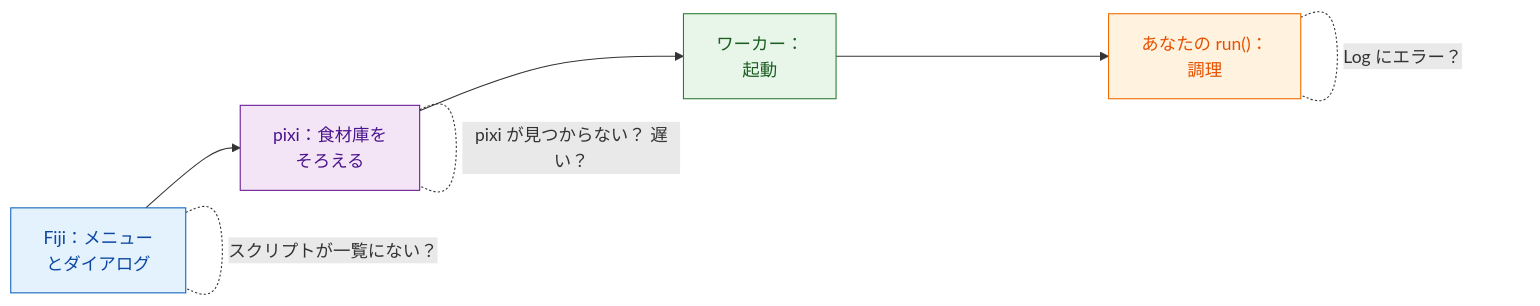
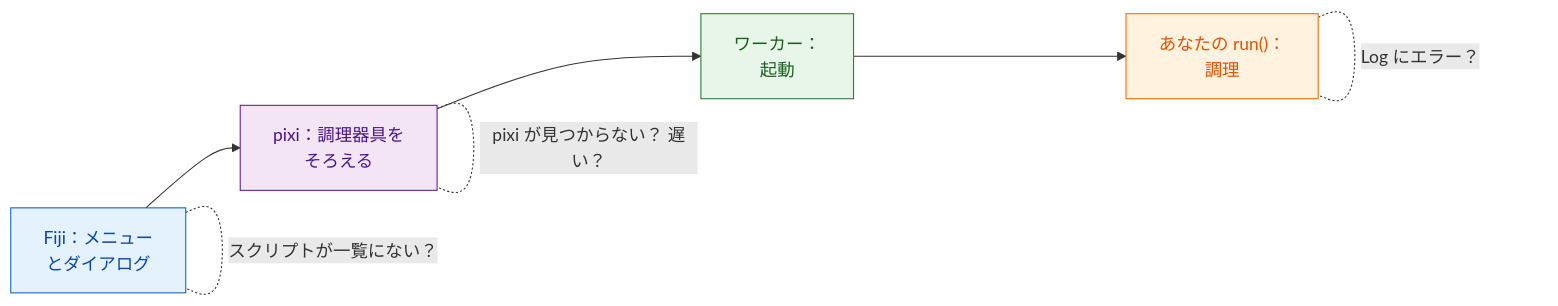
Before and after one commit to Oxford-Zeiss-Centre-of-Excellence/Wavu: the diagram in guide/help/troubleshooting.ja.md, drawn with Mermaid. The commit also changed other lines of this file and 221 other files, not shown here.

````diff
--- a/guide/help/troubleshooting.ja.md
+++ b/guide/help/troubleshooting.ja.md
@@ -11,12 +11,12 @@
 ```mermaid
 flowchart LR
-    A["Fiji：メニュー<br/>とダイアログ"]:::fiji --> B["pixi：食材庫を<br/>そろえる"]:::env --> C["ワーカー：<br/>起動"]:::worker --> D["あなたの run()：<br/>調理"]:::script
+    A["Fiji：メニュー<br/>とダイアログ"]:::fiji --> B["pixi：調理器具を<br/>そろえる"]:::env --> C["ワーカー：<br/>起動"]:::worker --> D["あなたの run()：<br/>調理"]:::script
     A -. "スクリプトが一覧にない？" .- A
     B -. "pixi が見つからない？ 遅い？" .- B
     D -. "Log にエラー？" .- D
 
     classDef fiji   fill:#e3f2fd,stroke:#1565c0,color:#0d47a1
     classDef worker fill:#e8f5e9,stroke:#2e7d32,color:#1b5e20
     classDef script fill:#fff3e0,stroke:#ef6c00,color:#e65100
     classDef env    fill:#f3e5f5,stroke:#6a1b9a,color:#4a148c
 ```
````
